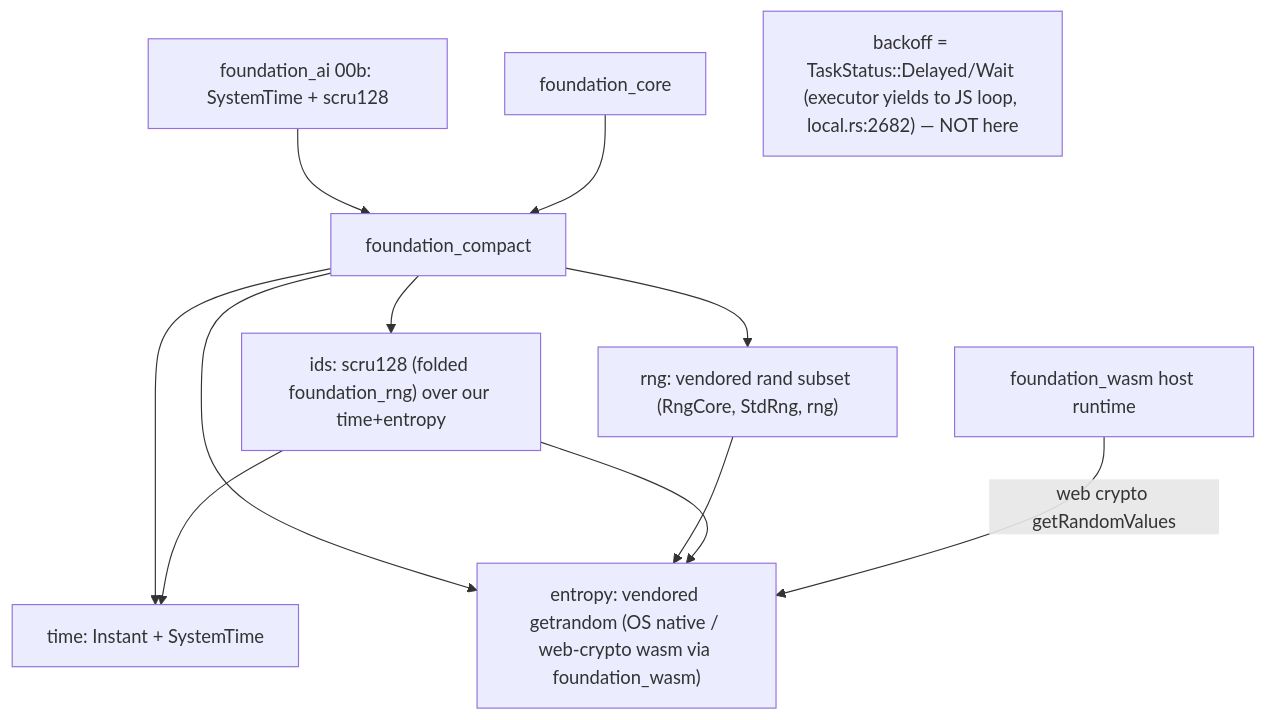
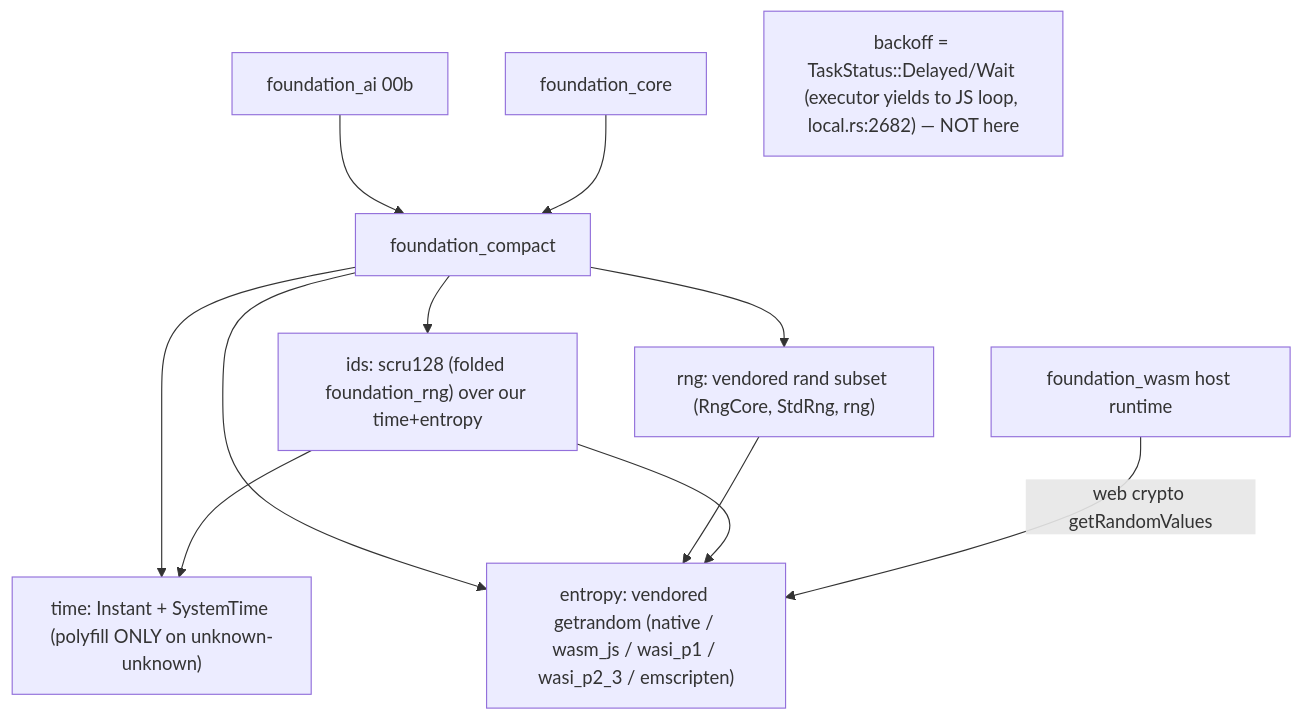
One commit to ewe-studios/ewe_platform changed the diagram in specifications/36-agentic-api/features/00-foundation-compact/feature.md. Above: the diagram before and after it, drawn with Mermaid. The commit also changed other lines of this file and 35 other files, not shown here.

````diff
--- a/specifications/36-agentic-api/features/00-foundation-compact/feature.md
+++ b/specifications/36-agentic-api/features/00-foundation-compact/feature.md
@@ -175,15 +172,15 @@
 ```mermaid
 graph TD
     FC[foundation_compact]
-    FC --> T[time: Instant + SystemTime]
-    FC --> EN["entropy: vendored getrandom (OS native / web-crypto wasm via foundation_wasm)"]
+    FC --> T["time: Instant + SystemTime (polyfill ONLY on unknown-unknown)"]
+    FC --> EN["entropy: vendored getrandom (native / wasm_js / wasi_p1 / wasi_p2_3 / emscripten)"]
     FC --> RN["rng: vendored rand subset (RngCore, StdRng, rng)"]
     FC --> ID["ids: scru128 (folded foundation_rng) over our time+entropy"]
     RN --> EN
     ID --> EN
     ID --> T
     FWASM[foundation_wasm host runtime] -->|web crypto getRandomValues| EN
-    AI[foundation_ai 00b: SystemTime + scru128] --> FC
+    AI[foundation_ai 00b] --> FC
     CORE[foundation_core] --> FC
     note["backoff = TaskStatus::Delayed/Wait (executor yields to JS loop, local.rs:2682) — NOT here"]
 ```
````
